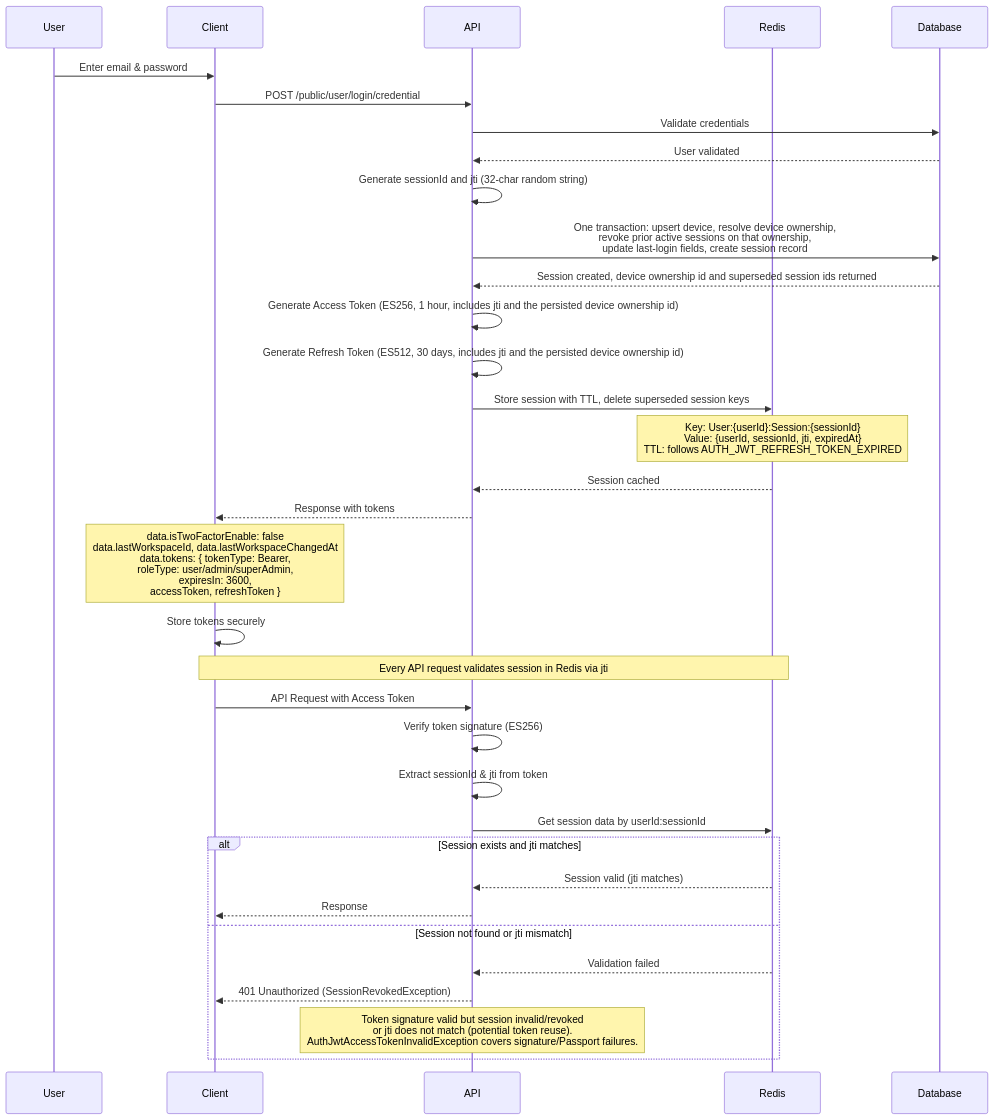
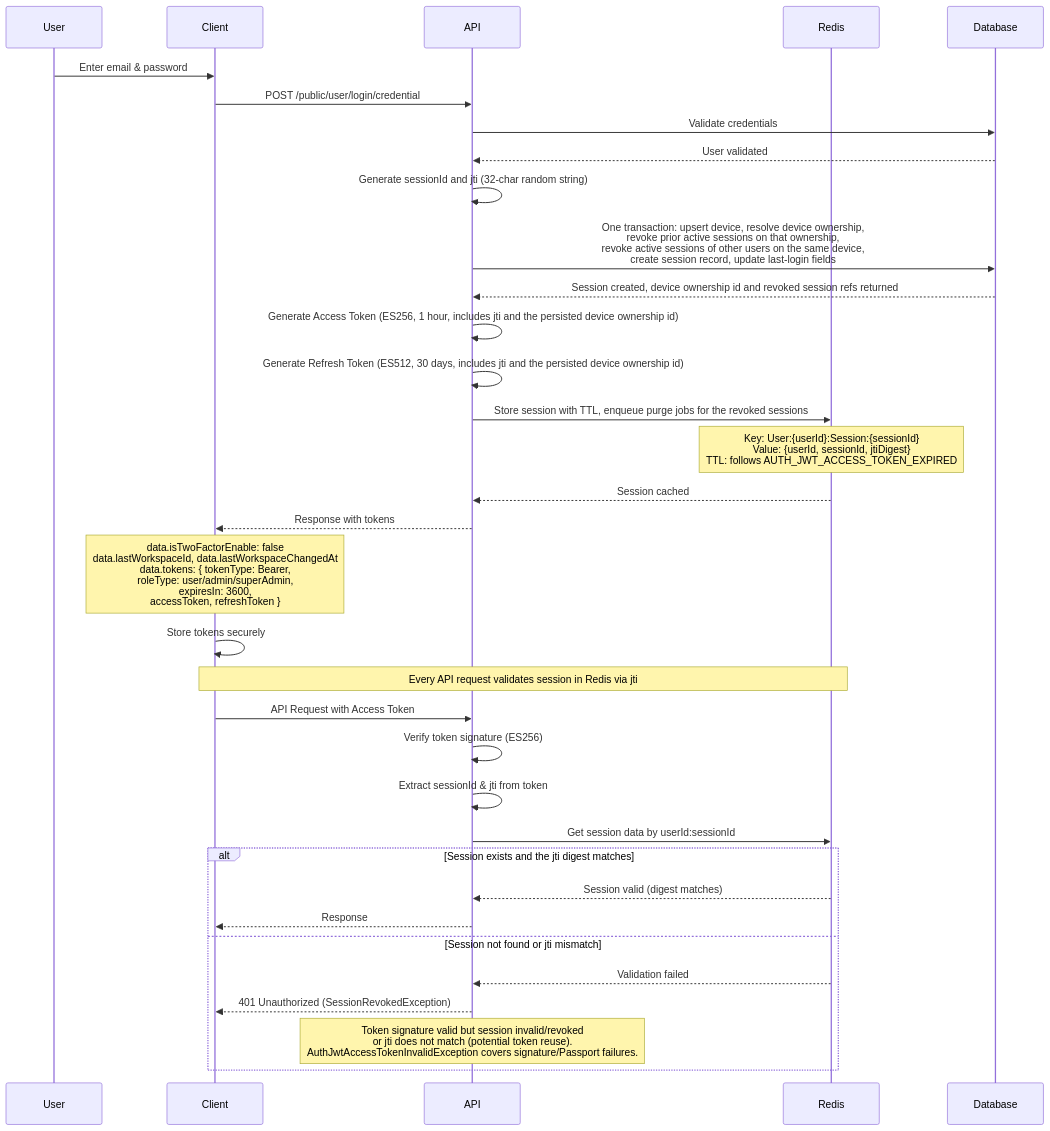
One commit to andrechristikan/ack-nestjs-boilerplate changed the second of 10 diagrams in docs/authentication.md. Above: the diagram before and after it, drawn with Mermaid. The commit also changed other lines of this file and 95 other files, not shown here.

Commit message:
feat(user): resend verification on unverified login and hold one signed-in user per device

````diff
--- a/docs/authentication.md
+++ b/docs/authentication.md
@@ -265,46 +280,46 @@
 ```mermaid
 sequenceDiagram
     participant User
     participant Client
     participant API
     participant Redis
     participant Database
 
     User->>Client: Enter email & password
     Client->>API: POST /public/user/login/credential
     API->>Database: Validate credentials
     Database-->>API: User validated
 
     API->>API: Generate sessionId and jti (32-char random string)
 
-    API->>Database: One transaction: upsert device, resolve device ownership,<br/>revoke prior active sessions on that ownership,<br/>update last-login fields, create session record
-    Database-->>API: Session created, device ownership id and superseded session ids returned
+    API->>Database: One transaction: upsert device, resolve device ownership,<br/>revoke prior active sessions on that ownership,<br/>revoke active sessions of other users on the same device,<br/>create session record, update last-login fields
+    Database-->>API: Session created, device ownership id and revoked session refs returned
 
     API->>API: Generate Access Token (ES256, 1 hour, includes jti and the persisted device ownership id)
     API->>API: Generate Refresh Token (ES512, 30 days, includes jti and the persisted device ownership id)
 
-    API->>Redis: Store session with TTL, delete superseded session keys
-    Note over Redis: Key: User:{userId}:Session:{sessionId}<br/>Value: {userId, sessionId, jti, expiredAt}<br/>TTL: follows AUTH_JWT_REFRESH_TOKEN_EXPIRED
+    API->>Redis: Store session with TTL, enqueue purge jobs for the revoked sessions
+    Note over Redis: Key: User:{userId}:Session:{sessionId}<br/>Value: {userId, sessionId, jtiDigest}<br/>TTL: follows AUTH_JWT_ACCESS_TOKEN_EXPIRED
     Redis-->>API: Session cached
 
     API-->>Client: Response with tokens
     Note over Client: data.isTwoFactorEnable: false<br/>data.lastWorkspaceId, data.lastWorkspaceChangedAt<br/>data.tokens: { tokenType: Bearer,<br/>roleType: user/admin/superAdmin,<br/>expiresIn: 3600,<br/>accessToken, refreshToken }
 
     Client->>Client: Store tokens securely
 
     Note over Client,Redis: Every API request validates session in Redis via jti
 
     Client->>API: API Request with Access Token
     API->>API: Verify token signature (ES256)
     API->>API: Extract sessionId & jti from token
     API->>Redis: Get session data by userId:sessionId
 
-    alt Session exists and jti matches
-        Redis-->>API: Session valid (jti matches)
+    alt Session exists and the jti digest matches
+        Redis-->>API: Session valid (digest matches)
         API-->>Client: Response
     else Session not found or jti mismatch
         Redis-->>API: Validation failed
         API-->>Client: 401 Unauthorized (SessionRevokedException)
         Note over API: Token signature valid but session invalid/revoked<br/>or jti does not match (potential token reuse).<br/>AuthJwtAccessTokenInvalidException covers signature/Passport failures.
     end
 ```
````
